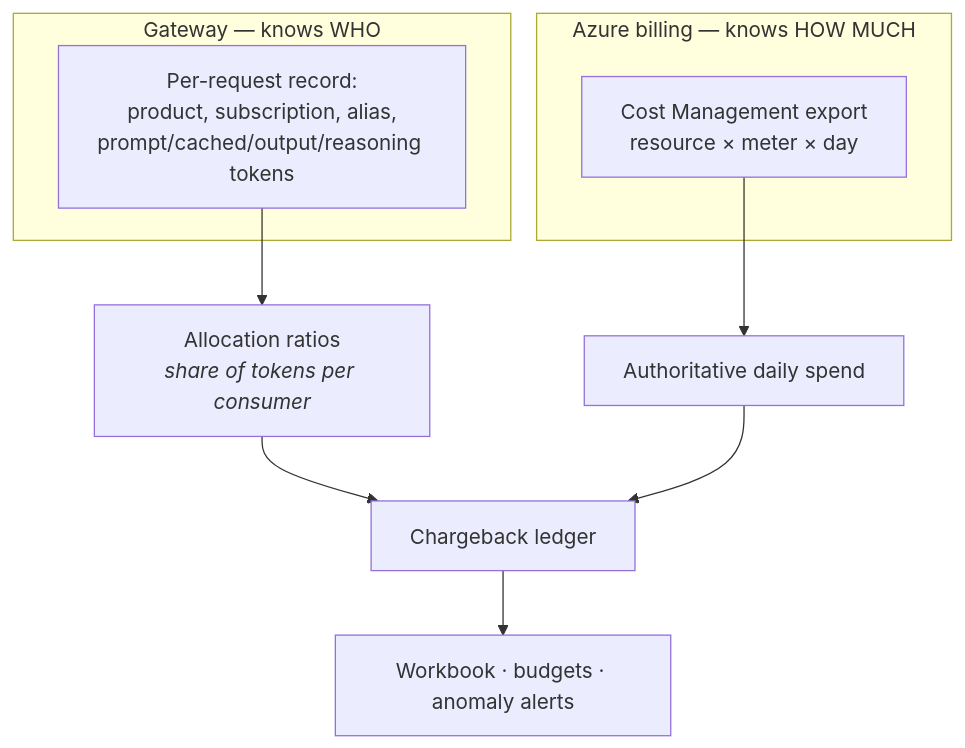
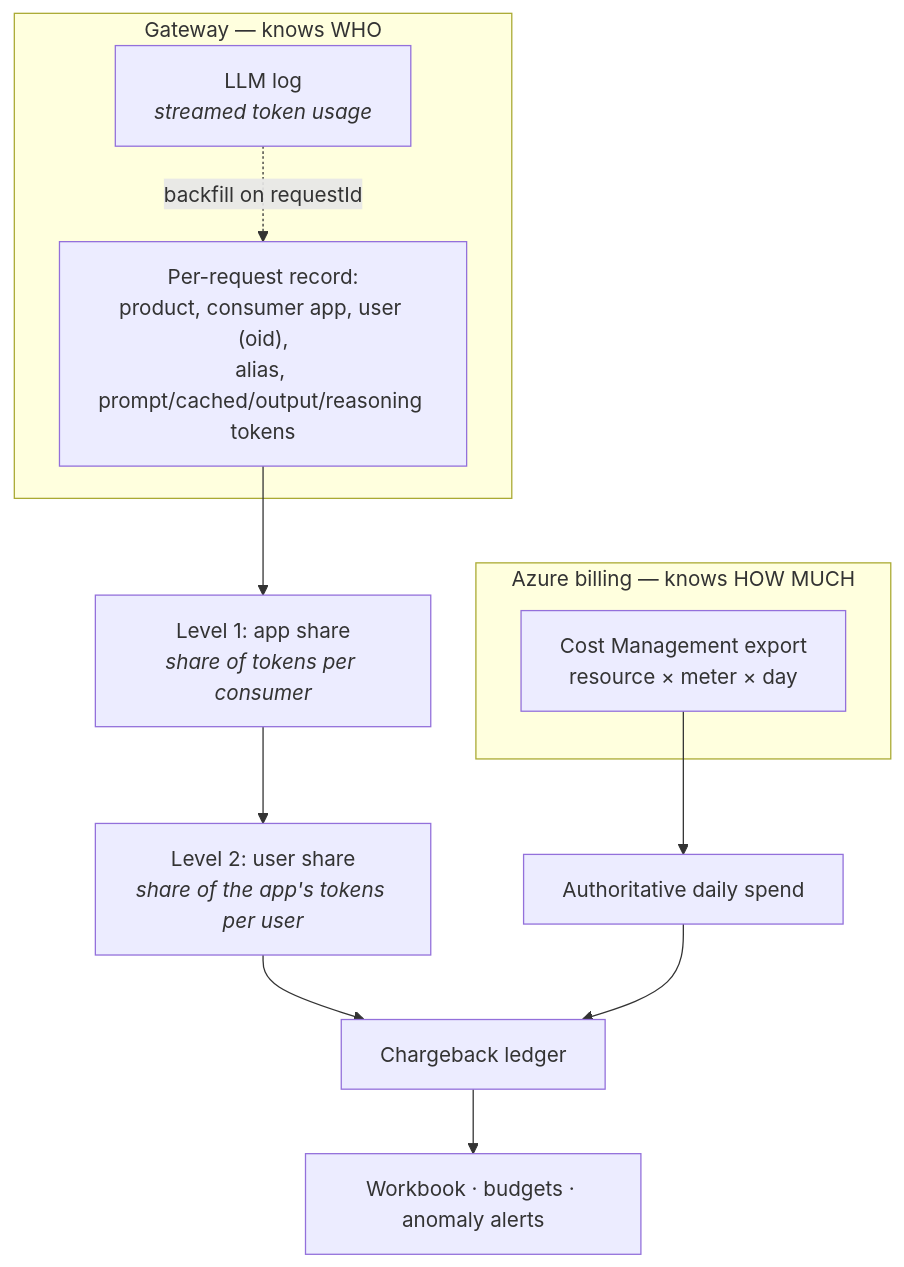
One commit to muazuisah/azure-ai-gateway-cost-attribution changed the sixth of 10 diagrams in docs/architecture.md. Above: the diagram before and after it, drawn with Mermaid. The commit also changed other lines of this file and 31 other files, not shown here.

First line of the commit message:
Add per-user cost attribution via On-Behalf-Of tokens (#11)

````diff
--- a/docs/architecture.md
+++ b/docs/architecture.md
@@ -300,14 +313,17 @@
 ```mermaid
 flowchart TB
     subgraph GW["Gateway — knows WHO"]
-        T["Per-request record:<br/>product, subscription, alias,<br/>prompt/cached/output/reasoning tokens"]
+        T["Per-request record:<br/>product, consumer app, user (oid),<br/>alias, prompt/cached/output/reasoning tokens"]
+        LL["LLM log<br/><i>streamed token usage</i>"]
     end
     subgraph AZ["Azure billing — knows HOW MUCH"]
         CM["Cost Management export<br/>resource × meter × day"]
     end
-    T --> ALLOC["Allocation ratios<br/><i>share of tokens per consumer</i>"]
+    LL -. "backfill on requestId" .-> T
+    T --> ALLOC["Level 1: app share<br/><i>share of tokens per consumer</i>"]
+    ALLOC --> UALLOC["Level 2: user share<br/><i>share of the app's tokens per user</i>"]
     CM --> ACTUAL["Authoritative daily spend"]
-    ALLOC --> CHARGE["Chargeback ledger"]
+    UALLOC --> CHARGE["Chargeback ledger"]
     ACTUAL --> CHARGE
     CHARGE --> WB["Workbook · budgets · anomaly alerts"]
 ```
````
